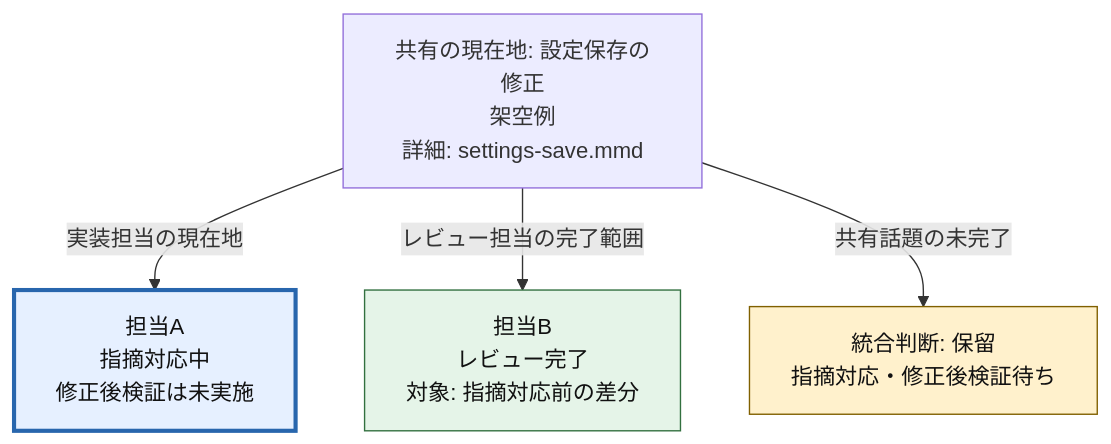
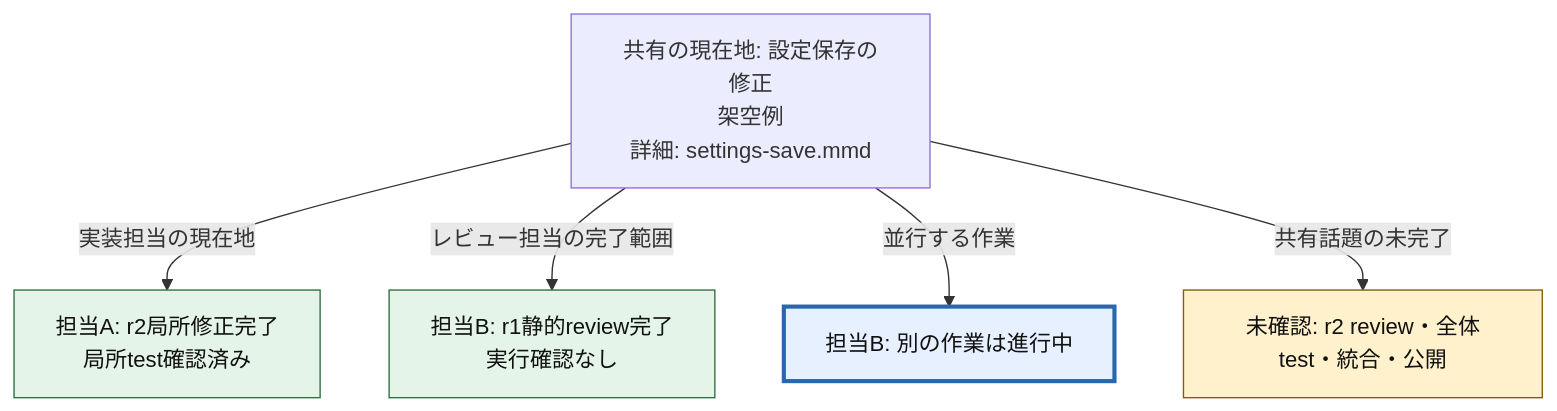
The diagram in skills/session-graph/assets/index.mmd (natumekazuki/.codex), drawn with Mermaid before and after one commit. The commit also changed 4 other files, not shown here.

Commit message:
fix(session-graph): 情報の配置選択と復元可能な図の例を改善

```diff
--- a/skills/session-graph/assets/index.mmd
+++ b/skills/session-graph/assets/index.mmd
@@ -1,13 +1,15 @@
 flowchart TB
     %% 架空の説明例。Character・役割・状態・参照先は実作業の事実ではない。
     NOW["共有の現在地: 設定保存の修正<br/>架空例<br/>詳細: settings-save.mmd"]
-    ACTOR_A["担当A<br/>指摘対応中<br/>修正後検証は未実施"]:::active
-    ACTOR_B["担当B<br/>レビュー完了<br/>対象: 指摘対応前の差分"]:::done
-    ACCEPT["統合判断: 保留<br/>指摘対応・修正後検証待ち"]:::pending
+    ACTOR_A["担当A: r2局所修正完了<br/>局所test確認済み"]:::done
+    ACTOR_B["担当B: r1静的review完了<br/>実行確認なし"]:::done
+    ACTOR_B_OTHER["担当B: 別の作業は進行中"]:::active
+    ACCEPT["未確認: r2 review・全体test・統合・公開"]:::pending
     NOW -->|実装担当の現在地| ACTOR_A
     NOW -->|レビュー担当の完了範囲| ACTOR_B
+    NOW -->|並行する作業| ACTOR_B_OTHER
     NOW -->|共有話題の未完了| ACCEPT
     click NOW "settings-save.mmd" "主体・対象範囲・根拠の詳細"
     classDef active fill:#e6f0ff,stroke:#2866ad,color:#111,stroke-width:3px
     classDef pending fill:#fff1cc,stroke:#806000,color:#111
     classDef done fill:#e5f4e8,stroke:#32703f,color:#111
```
